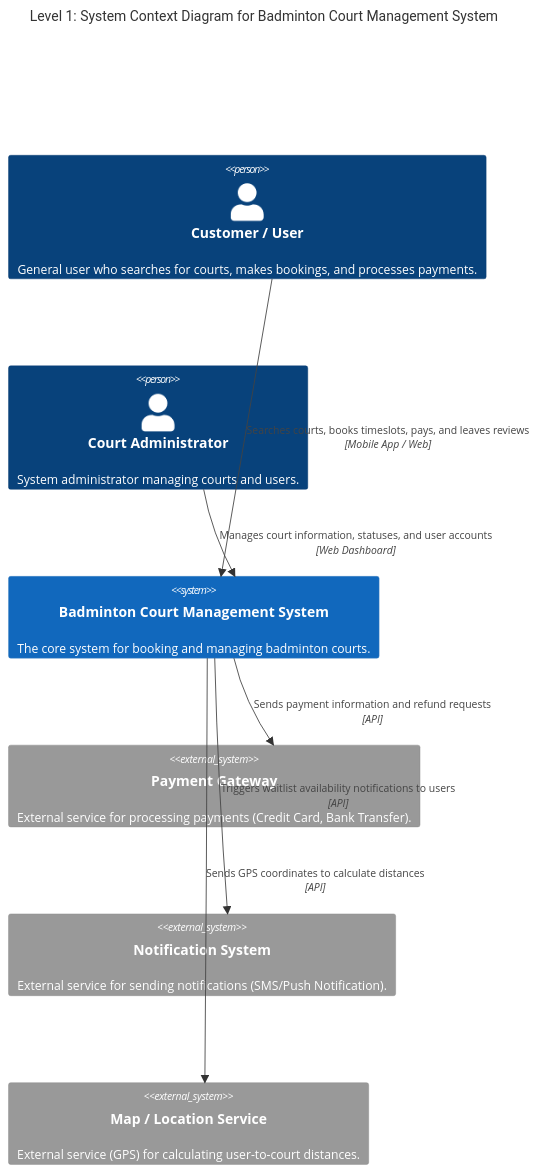
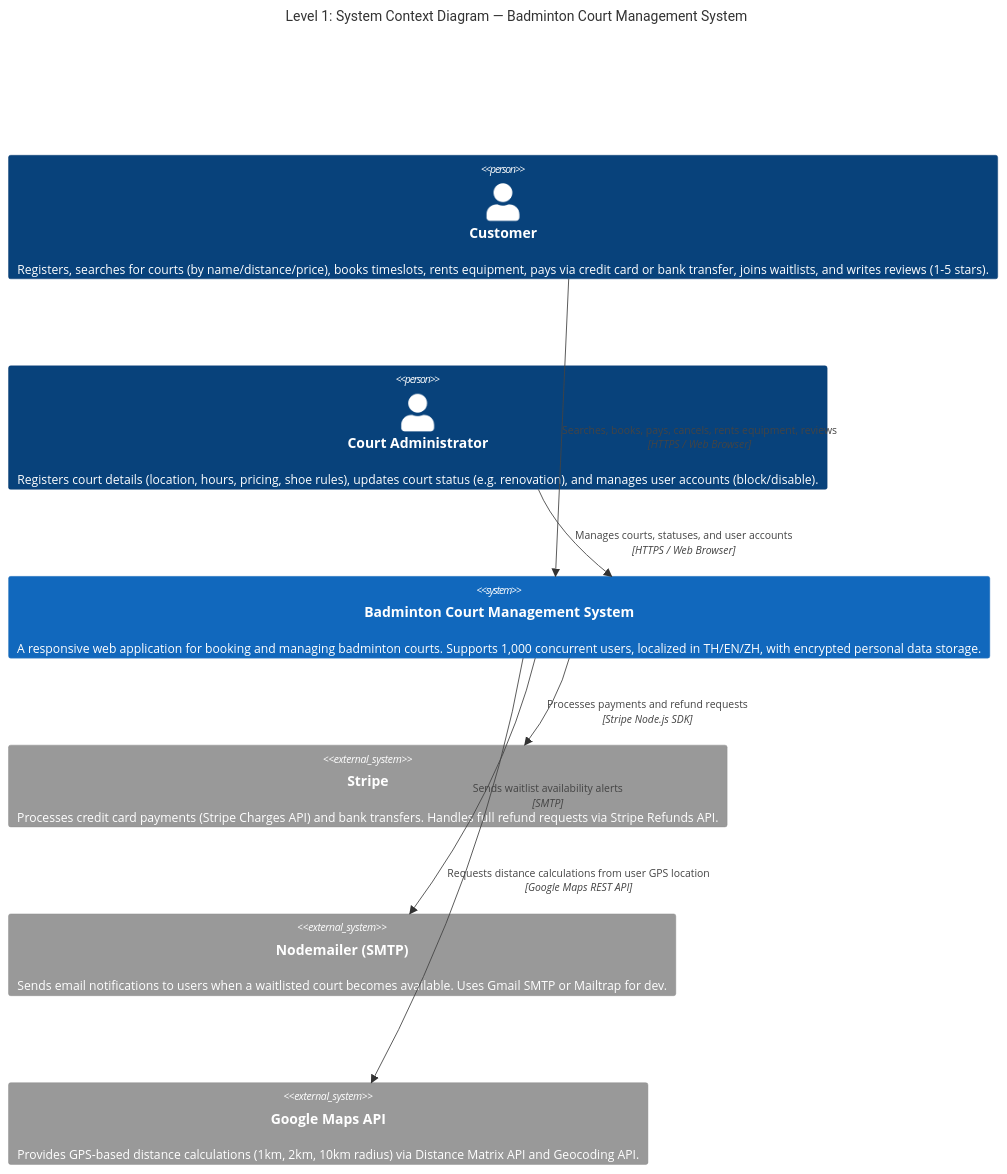
The first of 7 diagrams in designs/FolkliyGrunt_D1_Design.md (antnpwr/2025-ITCS383-FolkliyGrunt), drawn with Mermaid before and after one commit. The commit also changed other lines of this file, not shown here.

Commit message:
Update Diagram

````diff
--- a/designs/FolkliyGrunt_D1_Design.md
+++ b/designs/FolkliyGrunt_D1_Design.md
@@ -12,20 +12,20 @@
 ```mermaid
 C4Context
-    title Level 1: System Context Diagram for Badminton Court Management System
+    title Level 1: System Context Diagram — Badminton Court Management System
 
-    Person(customer, "Customer / User", "General user who searches for courts, makes bookings, and processes payments.")
-    Person(admin, "Court Administrator", "System administrator managing courts and users.")
-    
-    System(bms, "Badminton Court Management System", "The core system for booking and managing badminton courts.")
-    
-    System_Ext(payment_sys, "Payment Gateway", "External service for processing payments (Credit Card, Bank Transfer).")
-    System_Ext(notification_sys, "Notification System", "External service for sending notifications (SMS/Push Notification).")
-    System_Ext(map_sys, "Map / Location Service", "External service (GPS) for calculating user-to-court distances.")
+    Person(customer, "Customer", "Registers, searches for courts (by name/distance/price), books timeslots, rents equipment, pays via credit card or bank transfer, joins waitlists, and writes reviews (1-5 stars).")
+    Person(admin, "Court Administrator", "Registers court details (location, hours, pricing, shoe rules), updates court status (e.g. renovation), and manages user accounts (block/disable).")
 
-    Rel(customer, bms, "Searches courts, books timeslots, pays, and leaves reviews", "Mobile App / Web")
-    Rel(admin, bms, "Manages court information, statuses, and user accounts", "Web Dashboard")
-    
-    Rel(bms, payment_sys, "Sends payment information and refund requests", "API")
-    Rel(bms, notification_sys, "Triggers waitlist availability notifications to users", "API")
-    Rel(bms, map_sys, "Sends GPS coordinates to calculate distances", "API")
+    System(bms, "Badminton Court Management System", "A responsive web application for booking and managing badminton courts. Supports 1,000 concurrent users, localized in TH/EN/ZH, with encrypted personal data storage.")
+
+    System_Ext(payment_sys, "Stripe", "Processes credit card payments (Stripe Charges API) and bank transfers. Handles full refund requests via Stripe Refunds API.")
+    System_Ext(notification_sys, "Nodemailer (SMTP)", "Sends email notifications to users when a waitlisted court becomes available. Uses Gmail SMTP or Mailtrap for dev.")
+    System_Ext(map_sys, "Google Maps API", "Provides GPS-based distance calculations (1km, 2km, 10km radius) via Distance Matrix API and Geocoding API.")
+
+    Rel(customer, bms, "Searches, books, pays, cancels, rents equipment, reviews", "HTTPS / Web Browser")
+    Rel(admin, bms, "Manages courts, statuses, and user accounts", "HTTPS / Web Browser")
+
+    Rel(bms, payment_sys, "Processes payments and refund requests", "Stripe Node.js SDK")
+    Rel(bms, notification_sys, "Sends waitlist availability alerts", "SMTP")
+    Rel(bms, map_sys, "Requests distance calculations from user GPS location", "Google Maps REST API")
 ```
````
